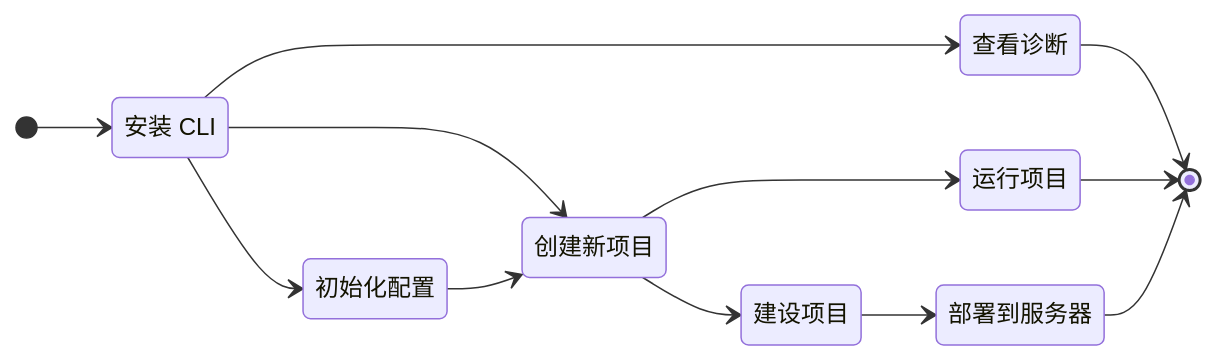
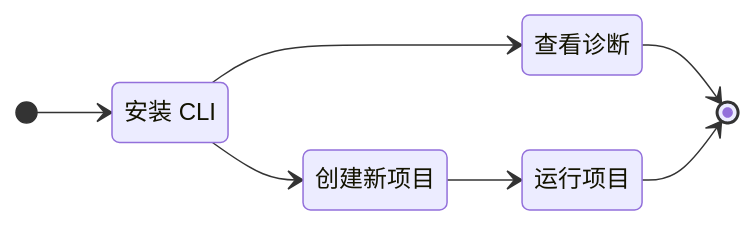
Before and after one commit to gowebly/docs: the diagram in docs/zh_HK/getting-started.md, drawn with Mermaid. The commit also changed 17 other files, not shown here.

````diff
--- a/docs/zh_HK/getting-started.md
+++ b/docs/zh_HK/getting-started.md
@@ -18,22 +18,14 @@
 ```mermaid
 stateDiagram-v2
     direction LR
         Install: 安装 CLI
-        Init: 初始化配置
         Doctor: 查看诊断
         Create: 创建新项目
         Run: 运行项目
-        Build: 建设项目
-        Deploy: 部署到服务器
         [*] --> Install
-        Install --> Init
         Install --> Create
         Install --> Doctor
         Doctor --> [*]
-        Init --> Create
         Create --> Run
         Run --> [*]
-        Create --> Build
-        Build --> Deploy
-        Deploy --> [*]
 ```
````
